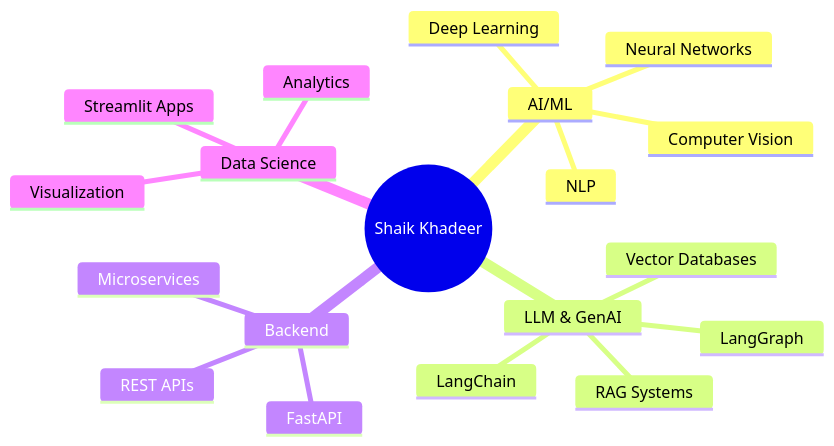
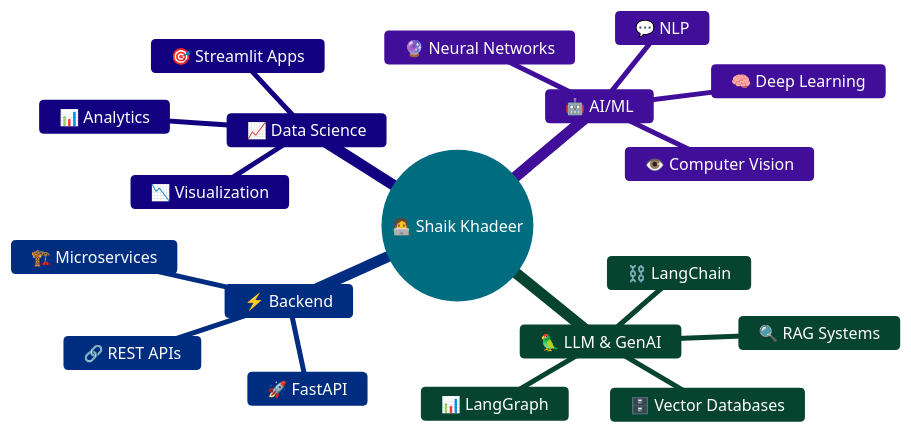
One commit to khadeerCollage/khadeerCollage changed the diagram in README.md. Above: the diagram before and after it, drawn with Mermaid.

Commit message:
Enhance mindmap with emojis for clarity
Updated the mindmap in README.md with emojis for better visual representation.

````diff
--- a/README.md
+++ b/README.md
@@ -207,22 +207,23 @@
 ```mermaid
+%%{init: {'theme': 'base', 'themeVariables': { 'primaryColor': '#00D9FF', 'primaryTextColor': '#ffffff', 'primaryBorderColor': '#00D9FF', 'lineColor': '#00D9FF', 'secondaryColor': '#7C3AED', 'tertiaryColor': '#10B981', 'background': '#0d1117', 'mainBkg': '#0d1117', 'nodeBkg': '#1e293b', 'clusterBkg': '#1e293b'}}}%%
 mindmap
-  root((Shaik Khadeer))
-    AI/ML
-      Deep Learning
-      Neural Networks
-      Computer Vision
-      NLP
-    LLM & GenAI
-      LangChain
-      LangGraph
-      RAG Systems
-      Vector Databases
-    Backend
-      FastAPI
-      REST APIs
-      Microservices
-    Data Science
-      Analytics
-      Visualization
-      Streamlit Apps
+  root((🧑‍💻 Shaik Khadeer))
+    🤖 AI/ML
+      🧠 Deep Learning
+      🔮 Neural Networks
+      👁️ Computer Vision
+      💬 NLP
+    🦜 LLM & GenAI
+      ⛓️ LangChain
+      📊 LangGraph
+      🔍 RAG Systems
+      🗄️ Vector Databases
+    ⚡ Backend
+      🚀 FastAPI
+      🔗 REST APIs
+      🏗️ Microservices
+    📈 Data Science
+      📊 Analytics
+      📉 Visualization
+      🎯 Streamlit Apps
 ```
````
